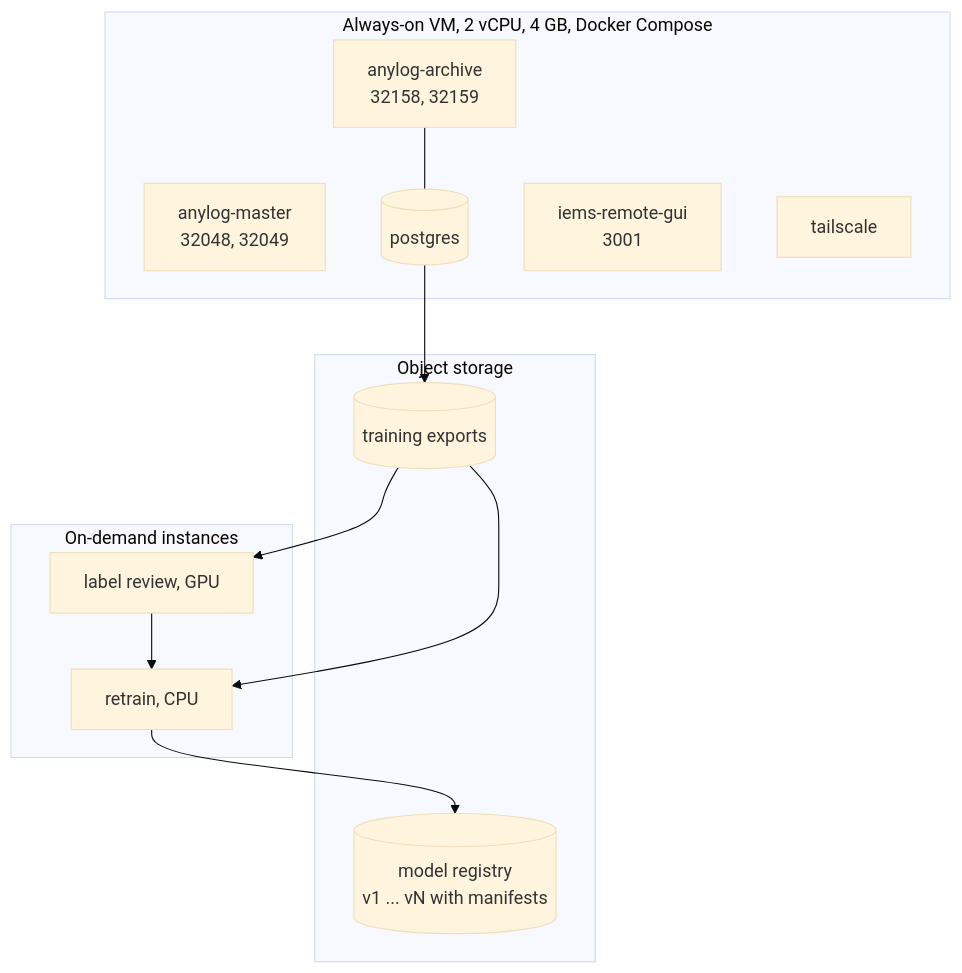
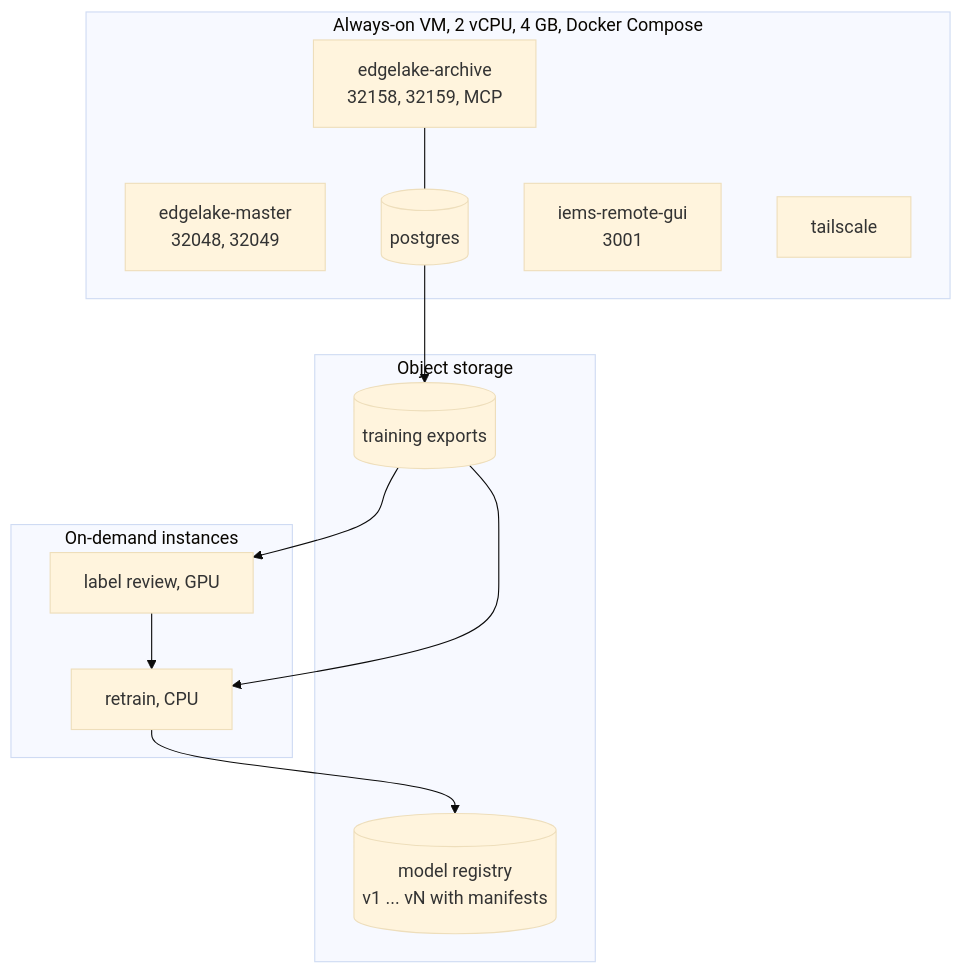
The second of 2 diagrams in architecture/deployment.md (hranjan004/iems-pi-edge), drawn with Mermaid (base theme) before and after one commit. The commit also changed other lines of this file and 44 other files, not shown here.

````diff
--- a/architecture/deployment.md
+++ b/architecture/deployment.md
@@ -36,24 +36,24 @@
 ```mermaid
 flowchart TB
   subgraph VM["Always-on VM, 2 vCPU, 4 GB, Docker Compose"]
-    M["anylog-master<br/>32048, 32049"]
-    A["anylog-archive<br/>32158, 32159"]
+    M["edgelake-master<br/>32048, 32049"]
+    A["edgelake-archive<br/>32158, 32159, MCP"]
     PG[("postgres")]
     G["iems-remote-gui<br/>3001"]
     T["tailscale"]
   end
   subgraph STORE["Object storage"]
     R[("model registry<br/>v1 ... vN with manifests")]
     X[("training exports")]
   end
   subgraph JOBS["On-demand instances"]
     J1["label review, GPU"]
     J2["retrain, CPU"]
   end
   A --- PG
   PG --> X
   X --> J1
   X --> J2
   J1 --> J2
   J2 --> R
 ```
````
